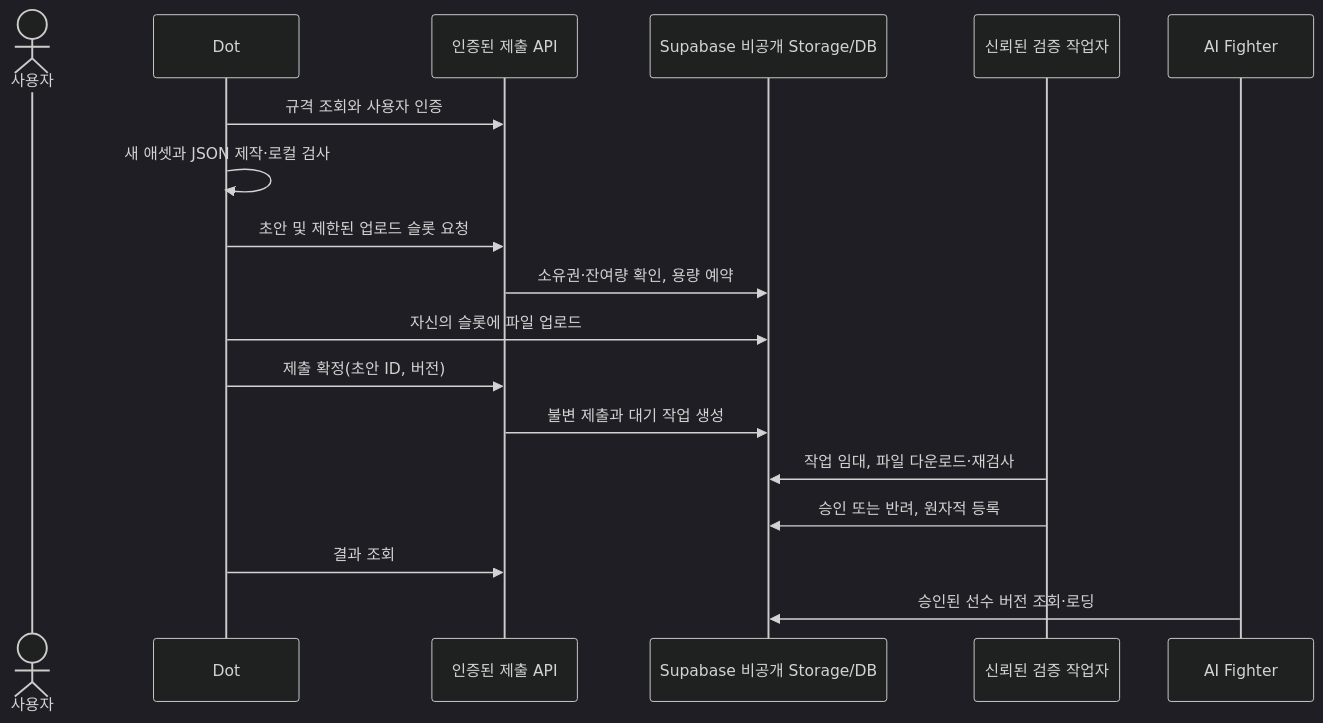
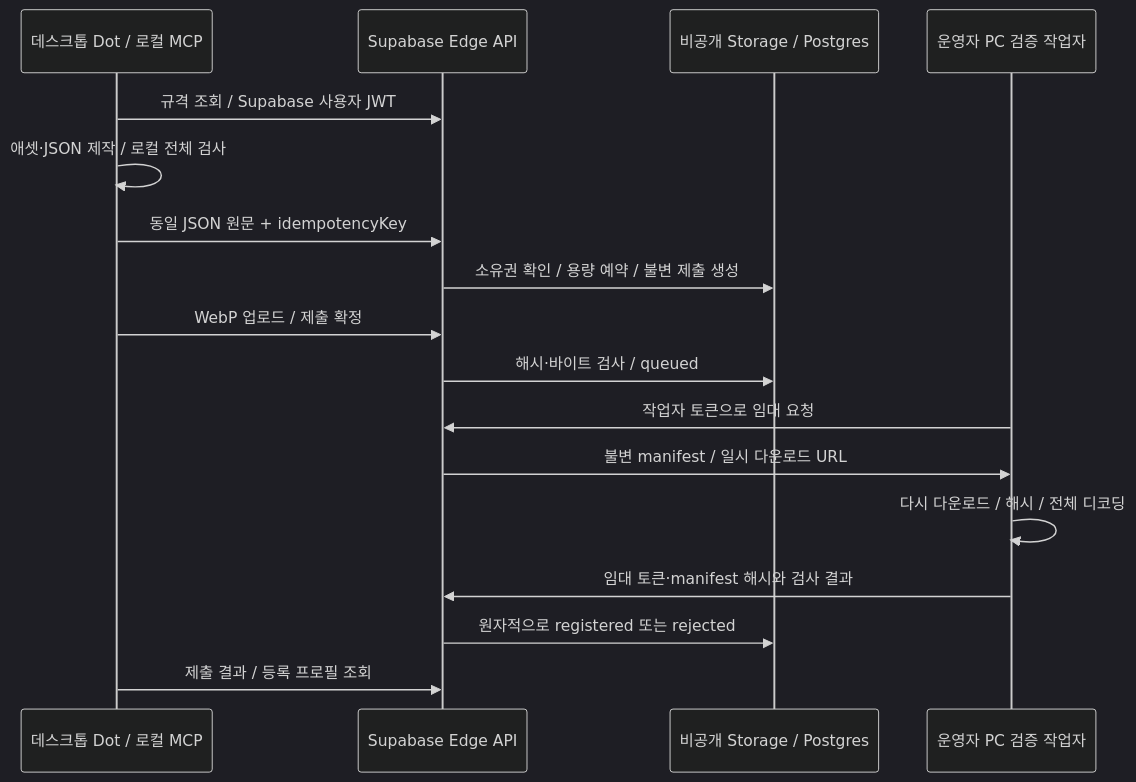
One commit to jeonghwanko/ai-fighter-dots-starter changed the diagram in docs/SUPABASE-BETA.md. Above: the diagram before and after it, drawn with Mermaid (dark theme). The commit also changed other lines of this file and 27 other files, not shown here.

Commit message:
Implement Supabase beta uploads, authoritative validation and fighter registration [skip ci]

````diff
--- a/docs/SUPABASE-BETA.md
+++ b/docs/SUPABASE-BETA.md
@@ -6,20 +10,19 @@
 ```mermaid
 sequenceDiagram
-    actor User as 사용자
-    participant Dot
-    participant API as 인증된 제출 API
-    participant Store as Supabase 비공개 Storage/DB
-    participant Worker as 신뢰된 검증 작업자
-    participant Game as AI Fighter
-    Dot->>API: 규격 조회와 사용자 인증
-    Dot->>Dot: 새 애셋과 JSON 제작·로컬 검사
-    Dot->>API: 초안 및 제한된 업로드 슬롯 요청
-    API->>Store: 소유권·잔여량 확인, 용량 예약
-    Dot->>Store: 자신의 슬롯에 파일 업로드
-    Dot->>API: 제출 확정(초안 ID, 버전)
-    API->>Store: 불변 제출과 대기 작업 생성
-    Worker->>Store: 작업 임대, 파일 다운로드·재검사
-    Worker->>Store: 승인 또는 반려, 원자적 등록
-    Dot->>API: 결과 조회
-    Game->>Store: 승인된 선수 버전 조회·로딩
+    participant Dot as 데스크톱 Dot / 로컬 MCP
+    participant API as Supabase Edge API
+    participant DB as 비공개 Storage / Postgres
+    participant Worker as 운영자 PC 검증 작업자
+    Dot->>API: 규격 조회 / Supabase 사용자 JWT
+    Dot->>Dot: 애셋·JSON 제작 / 로컬 전체 검사
+    Dot->>API: 동일 JSON 원문 + idempotencyKey
+    API->>DB: 소유권 확인 / 용량 예약 / 불변 제출 생성
+    Dot->>API: WebP 업로드 / 제출 확정
+    API->>DB: 해시·바이트 검사 / queued
+    Worker->>API: 작업자 토큰으로 임대 요청
+    API->>Worker: 불변 manifest / 일시 다운로드 URL
+    Worker->>Worker: 다시 다운로드 / 해시 / 전체 디코딩
+    Worker->>API: 임대 토큰·manifest 해시와 검사 결과
+    API->>DB: 원자적으로 registered 또는 rejected
+    Dot->>API: 제출 결과 / 등록 프로필 조회
 ```
````
